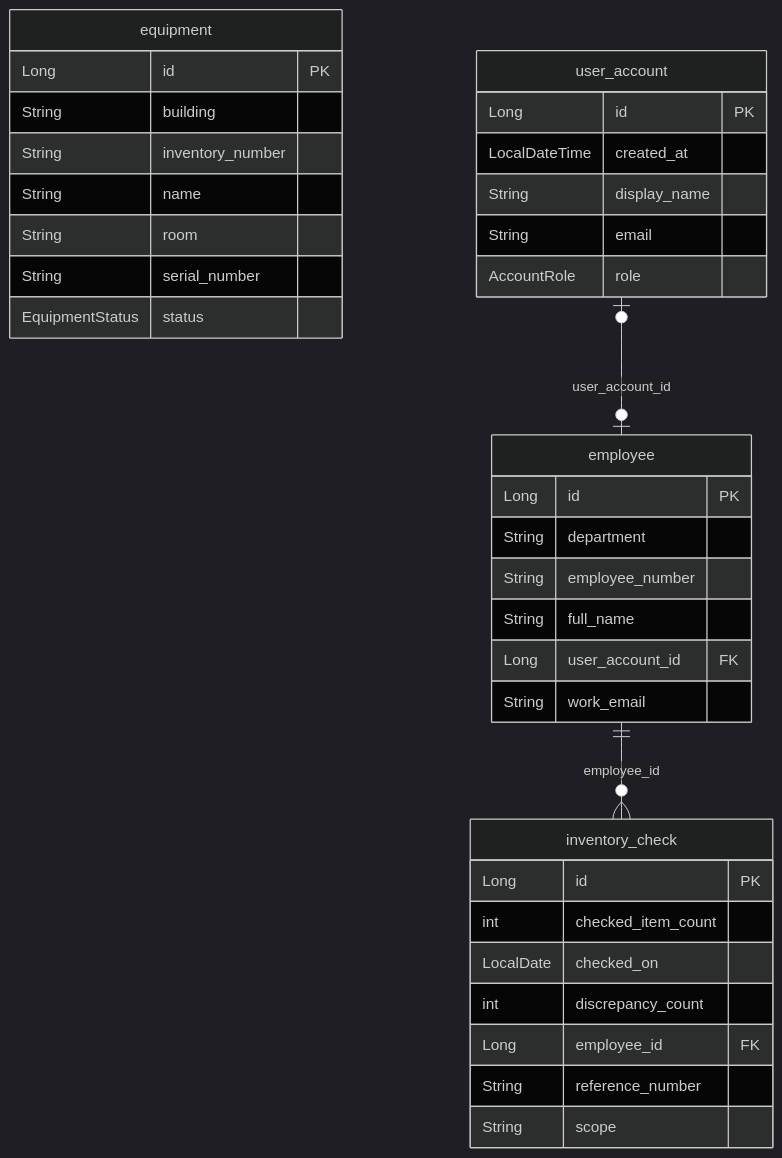
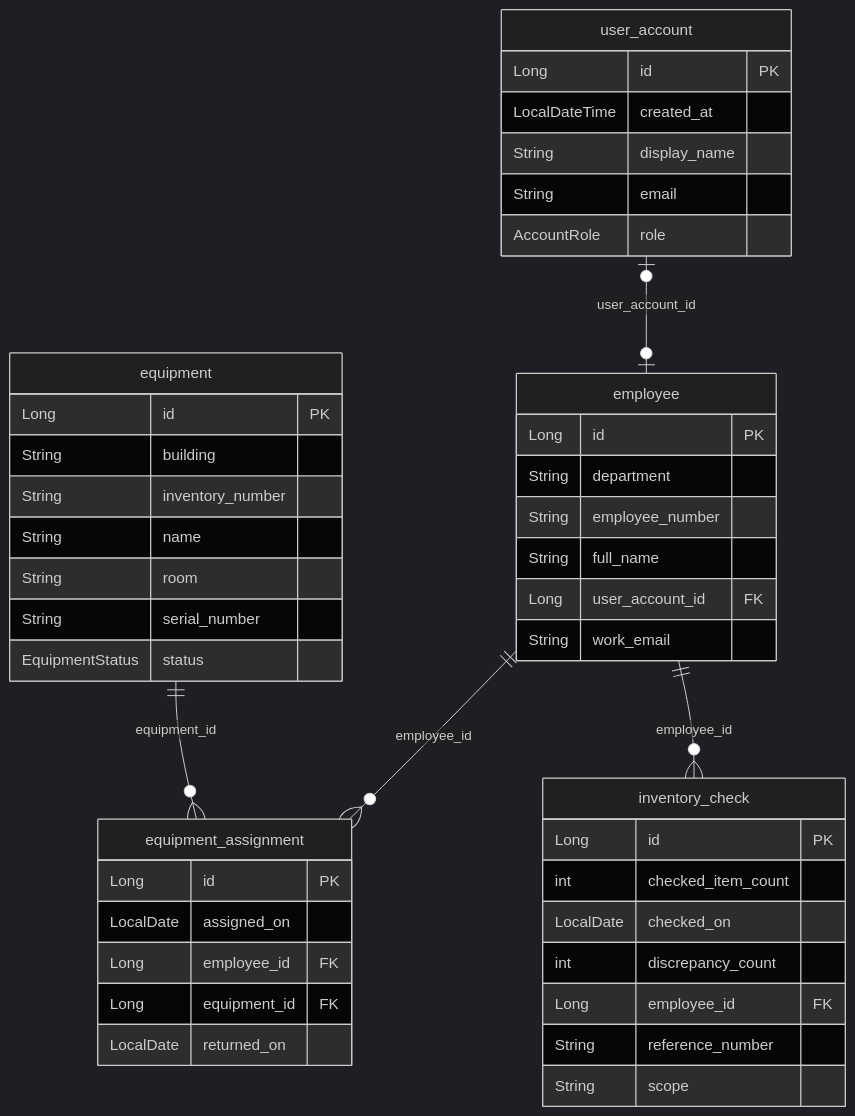
Before and after one commit to KacperGolebski/WdTB-2026-Backend-inwentaryzacja: the diagram in SCHEMAT.md, drawn with Mermaid (dark theme). The commit also changed other lines of this file and 2 other files, not shown here.

Commit message:
LAB 03 (4) - Historia przyjęcia i wydania sprzętu

````diff
--- a/SCHEMAT.md
+++ b/SCHEMAT.md
@@ -14,38 +15,47 @@
 ```mermaid
 erDiagram
     employee {
         Long id PK
         String department
         String employee_number
         String full_name
         Long user_account_id FK
         String work_email
     }
     equipment {
         Long id PK
         String building
         String inventory_number
         String name
         String room
         String serial_number
         EquipmentStatus status
     }
+    equipment_assignment {
+        Long id PK
+        LocalDate assigned_on
+        Long employee_id FK
+        Long equipment_id FK
+        LocalDate returned_on
+    }
     inventory_check {
         Long id PK
         int checked_item_count
         LocalDate checked_on
         int discrepancy_count
         Long employee_id FK
         String reference_number
         String scope
     }
     user_account {
         Long id PK
         LocalDateTime created_at
         String display_name
         String email
         AccountRole role
     }
+    employee ||--o{ equipment_assignment : "employee_id"
     employee ||--o{ inventory_check : "employee_id"
+    equipment ||--o{ equipment_assignment : "equipment_id"
     user_account |o--o| employee : "user_account_id"
 ```
````
